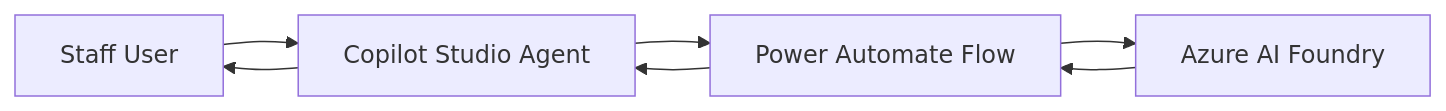
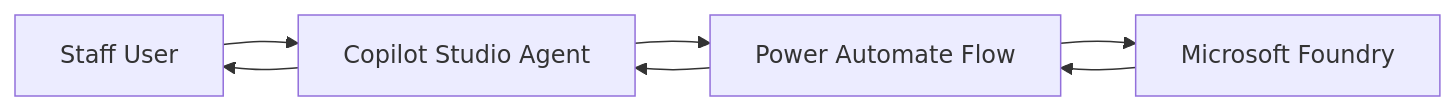
The diagram in experiments/01-foi-complaint-triage/copilot-studio/README.md (rahul-bachina/copilot-agent-experiments), drawn with Mermaid before and after one commit. The commit also changed other lines of this file and 5 other files, not shown here.

First line of the commit message:
Replace 'Azure AI Foundry' with 'Microsoft Foundry' throughout repo

````diff
--- a/experiments/01-foi-complaint-triage/copilot-studio/README.md
+++ b/experiments/01-foi-complaint-triage/copilot-studio/README.md
@@ -16,9 +16,9 @@
 ```mermaid
 graph LR
     A[Staff User] --> B[Copilot Studio Agent]
     B --> C[Power Automate Flow]
-    C --> D[Azure AI Foundry]
+    C --> D[Microsoft Foundry]
     D --> C
     C --> B
     B --> A
 ```
````
